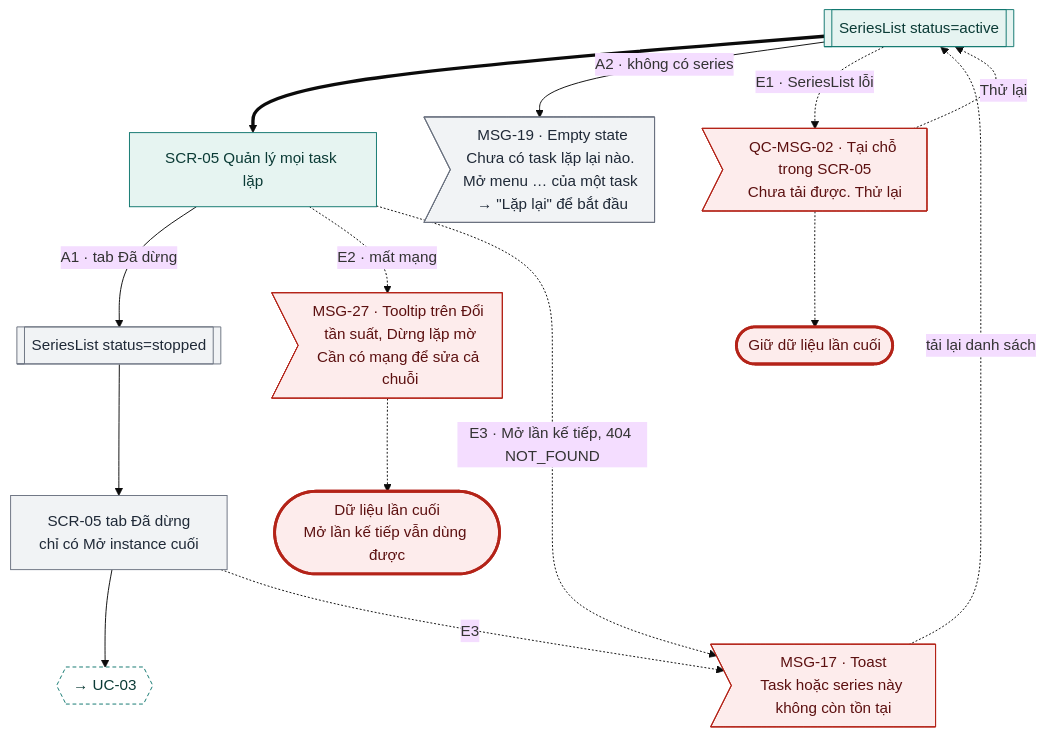
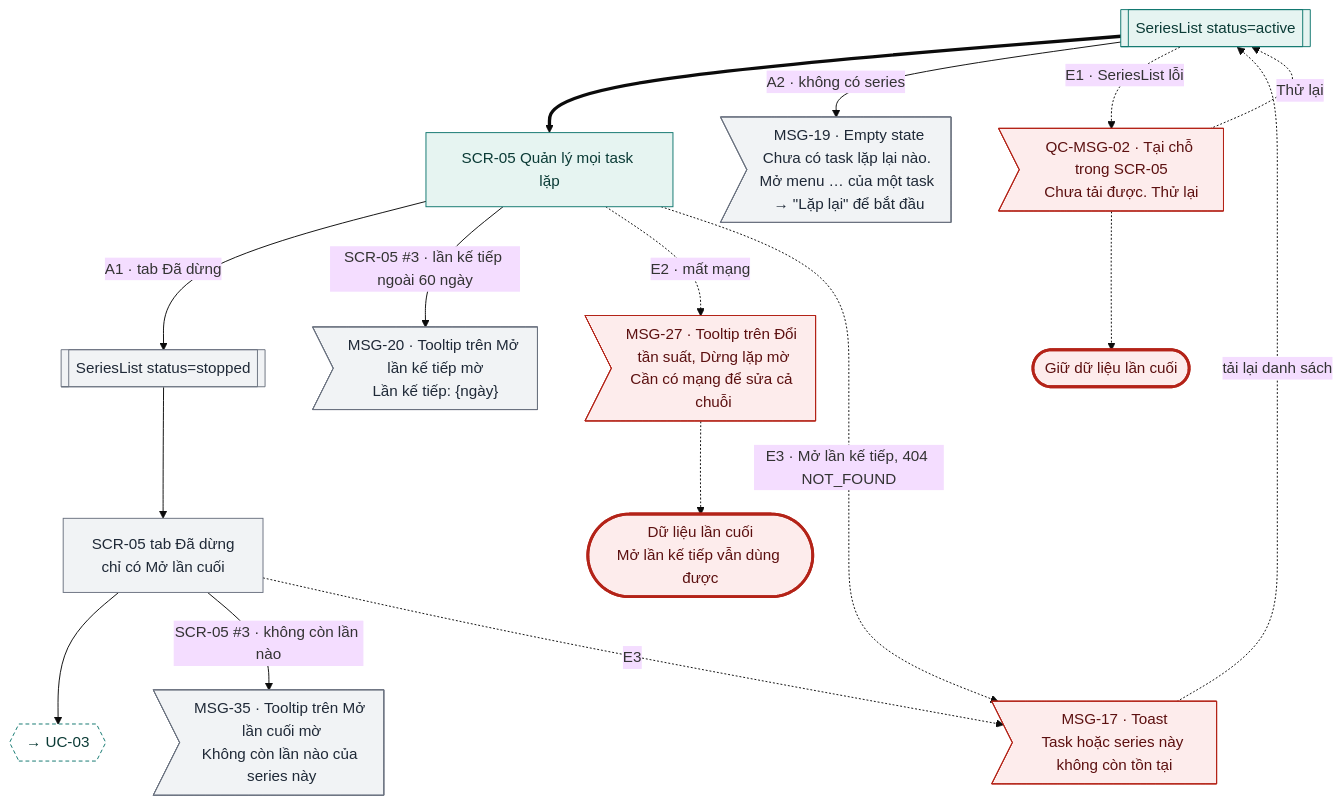
Diagram 19 of 19 in docs/design-brief/flow/g03-task-lap-lai.md (tannguyenho/personal-app), drawn with Mermaid (base theme) before and after one commit. The commit also changed other lines of this file and 8 other files, not shown here.

````diff
--- a/docs/design-brief/flow/g03-task-lap-lai.md
+++ b/docs/design-brief/flow/g03-task-lap-lai.md
@@ -784,35 +807,37 @@
 ```mermaid
 flowchart TD
   p1[["SeriesList status=active"]]
   s1["SCR-05 Quản lý mọi task lặp"]
   p1 ==> s1
 
   s1 -->|"A1 · tab Đã dừng"| a1[["SeriesList status=stopped"]]
-  a1 --> a1s["SCR-05 tab Đã dừng<br/>chỉ có Mở instance cuối"]
+  a1 --> a1s["SCR-05 tab Đã dừng<br/>chỉ có Mở lần cuối"]
   a1s --> a1x{{"→ UC-03"}}
+  s1 -->|"SCR-05 #3 · lần kế tiếp ngoài 60 ngày"| o16a>"MSG-20 · Tooltip trên Mở lần kế tiếp mờ<br/>Lần kế tiếp: {ngày}"]
+  a1s -->|"SCR-05 #3 · không còn lần nào"| o16b>"MSG-35 · Tooltip trên Mở lần cuối mờ<br/>Không còn lần nào của series này"]
   p1 -->|"A2 · không có series"| a2m>"MSG-19 · Empty state<br/>Chưa có task lặp lại nào. Mở menu … của một task → #quot;Lặp lại#quot; để bắt đầu"]
 
   p1 -.->|"E1 · SeriesList lỗi"| e1m>"QC-MSG-02 · Tại chỗ trong SCR-05<br/>Chưa tải được. Thử lại"]
   e1m -.->|"Thử lại"| p1
   e1m -.-> fail(["Giữ dữ liệu lần cuối"])
   s1 -.->|"E2 · mất mạng"| e2m>"MSG-27 · Tooltip trên Đổi tần suất, Dừng lặp mờ<br/>Cần có mạng để sửa cả chuỗi"]
   e2m -.-> e2(["Dữ liệu lần cuối<br/>Mở lần kế tiếp vẫn dùng được"])
   s1 -.->|"E3 · Mở lần kế tiếp, 404 NOT_FOUND"| e3m>"MSG-17 · Toast<br/>Task hoặc series này không còn tồn tại"]
   a1s -.->|"E3"| e3m
   e3m -.->|"tải lại danh sách"| p1
 
   class p1,s1 happy
-  class a1,a1s,a2m alt
+  class a1,a1s,a2m,o16a,o16b alt
   class a1x link
   class e1m,e2m,e3m err
   class fail,e2 fail
   classDef happy fill:#E6F4F1,stroke:#0F766E,color:#0B3B36
   classDef alt fill:#F1F3F5,stroke:#6B7280,color:#1F2937
   classDef err fill:#FDECEC,stroke:#B42318,color:#5C1010
   classDef warn fill:#FEF4E2,stroke:#B45309,color:#4A2604
   classDef ai fill:#F1ECFD,stroke:#6D28D9,color:#2E1065
   classDef sync fill:#FFFFFF,stroke:#6B7280,stroke-dasharray:4 3,color:#1F2937
   classDef link fill:#FFFFFF,stroke:#0F766E,stroke-dasharray:4 3,color:#0B3B36
   classDef done fill:#E6F4F1,stroke:#0F766E,stroke-width:3px,color:#0B3B36
   classDef fail fill:#FDECEC,stroke:#B42318,stroke-width:3px,color:#5C1010
 ```
````
